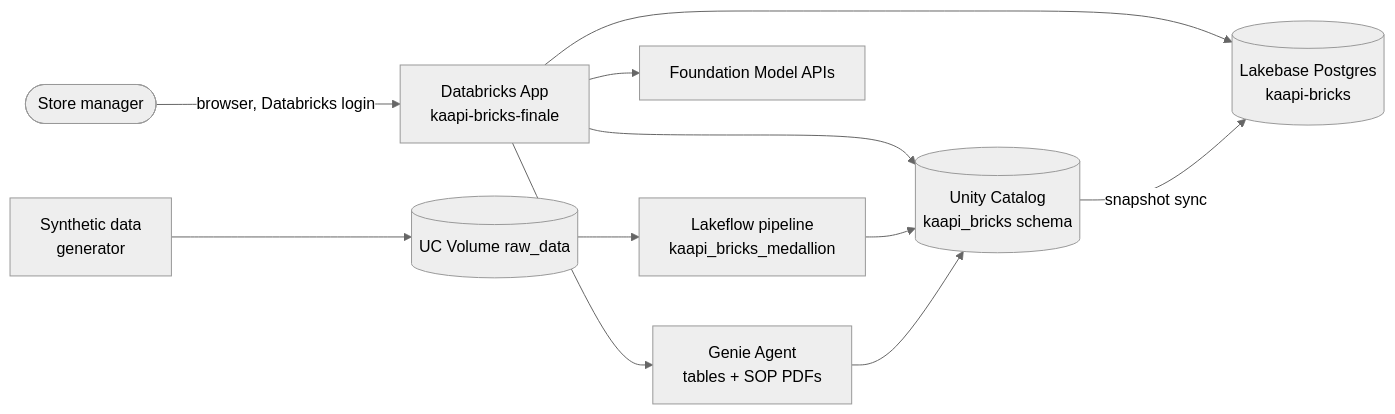
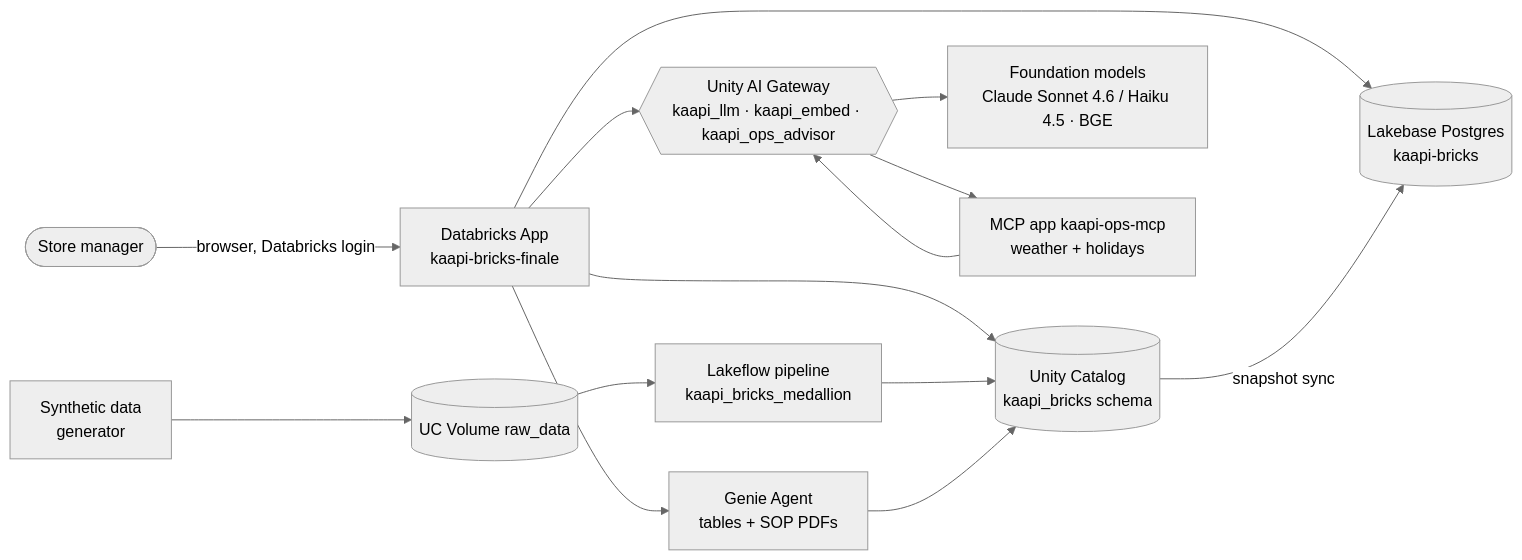
Before and after one commit to kunalmega/kaapi-bricks-fe-bar: the first of 5 diagrams in ARCHITECTURE.md, drawn with Mermaid (neutral theme). The commit also changed other lines of this file and 6 other files, not shown here.

First line of the commit message:
Docs: Unity AI Gateway built — architecture, README, deck, demo, roleplay

````diff
--- a/ARCHITECTURE.md
+++ b/ARCHITECTURE.md
@@ -22,13 +23,16 @@
 ```mermaid
 flowchart LR
     M([Store manager]) -->|browser, Databricks login| APP[Databricks App<br/>kaapi-bricks-finale]
     APP --> DATA[(Unity Catalog<br/>kaapi_bricks schema)]
     APP --> LB[(Lakebase Postgres<br/>kaapi-bricks)]
     APP --> GENIE[Genie Agent<br/>tables + SOP PDFs]
-    APP --> LLM[Foundation Model APIs]
+    APP --> GW{{Unity AI Gateway<br/>kaapi_llm · kaapi_embed · kaapi_ops_advisor}}
+    GW --> FM[Foundation models<br/>Claude Sonnet 4.6 / Haiku 4.5 · BGE]
+    GW --> MCP[MCP app kaapi-ops-mcp<br/>weather + holidays]
+    MCP --> GW
     PIPE[Lakeflow pipeline<br/>kaapi_bricks_medallion] --> DATA
     GEN[Synthetic data<br/>generator] --> VOL[(UC Volume raw_data)]
     VOL --> PIPE
     DATA -->|snapshot sync| LB
     GENIE --> DATA
 ```
````
